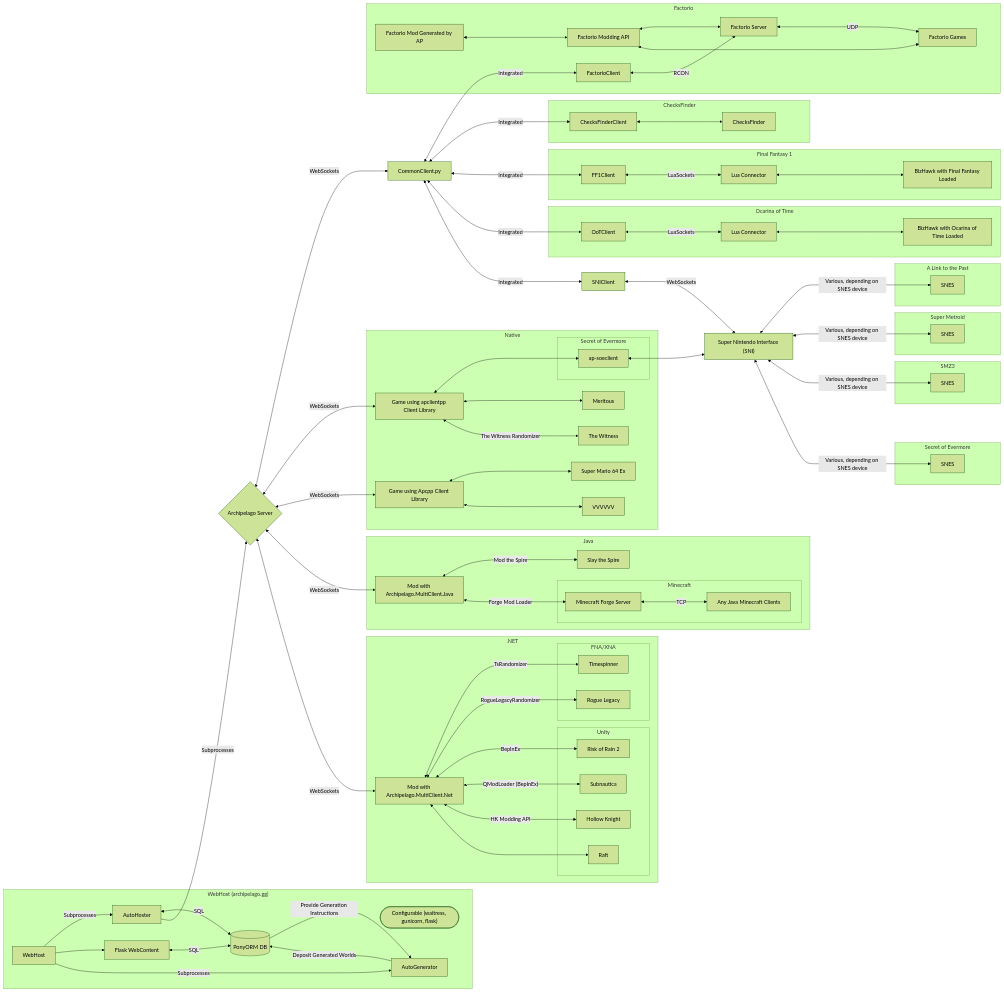
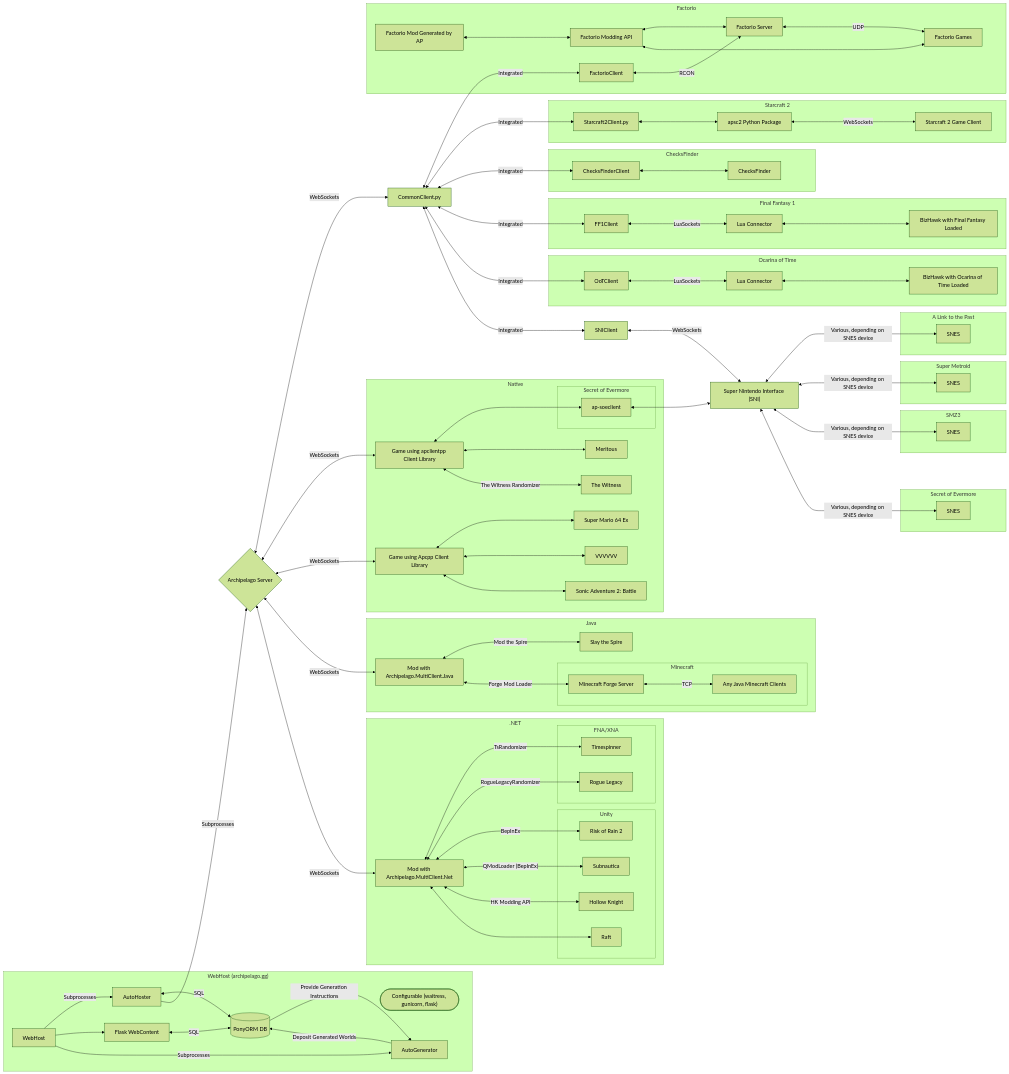
The diagram in docs/network diagram.md (ArchipelagoMW/Archipelago), drawn with Mermaid (forest theme) before and after one commit. The commit also changed 2 other files, not shown here.

Commit message:
Add SA2B and SC2 to network diagram

```diff
--- a/docs/network diagram.md
+++ b/docs/network diagram.md
@@ -7,6 +7,15 @@
     %% CommonClient.py
     CC[CommonClient.py]
     AS <-- WebSockets --> CC
+
+    subgraph "Starcraft 2"
+        SC2[Starcraft 2 Game Client]
+        SC2C[Starcraft2Client.py]
+        SC2AI[apsc2 Python Package]
+
+        SC2C <--> SC2AI <-- WebSockets --> SC2
+    end
+    CC <-- Integrated --> SC2C
 
     %% ChecksFinder
     subgraph ChecksFinder
@@ -72,12 +81,14 @@
         V6[VVVVVV]
         MT[Meritous]
         TW[The Witness]
+        SA2B[Sonic Adventure 2: Battle]
 
         APCLIENTPP <--> SOE
         APCLIENTPP <--> MT
         APCLIENTPP <-- The Witness Randomizer --> TW
         APCPP <--> SM64
         APCPP <--> V6
+        APCPP <--> SA2B
     end
     SOE <--> SNI <-- Various, depending on SNES device --> SOESNES
     AS <-- WebSockets --> APCLIENTPP
```
